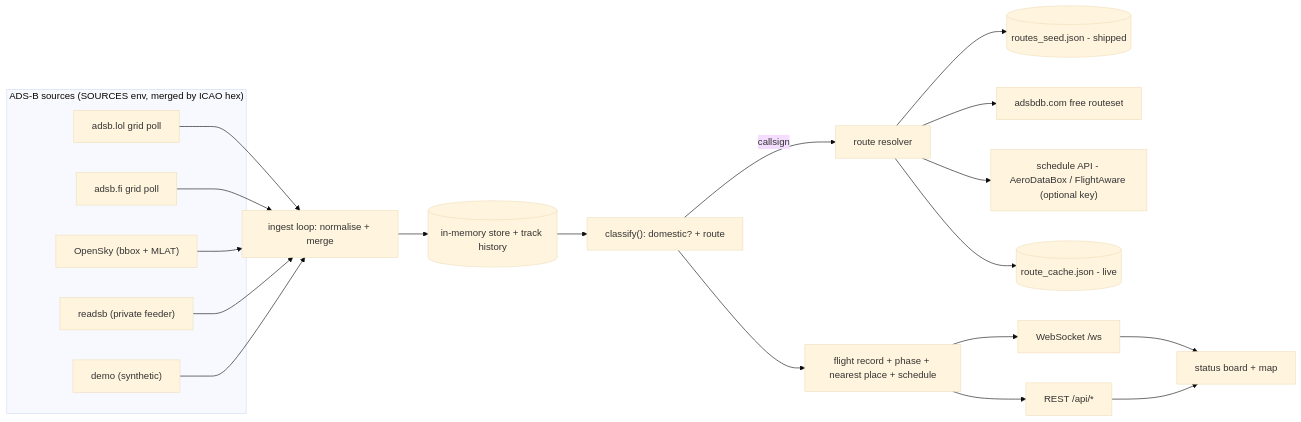
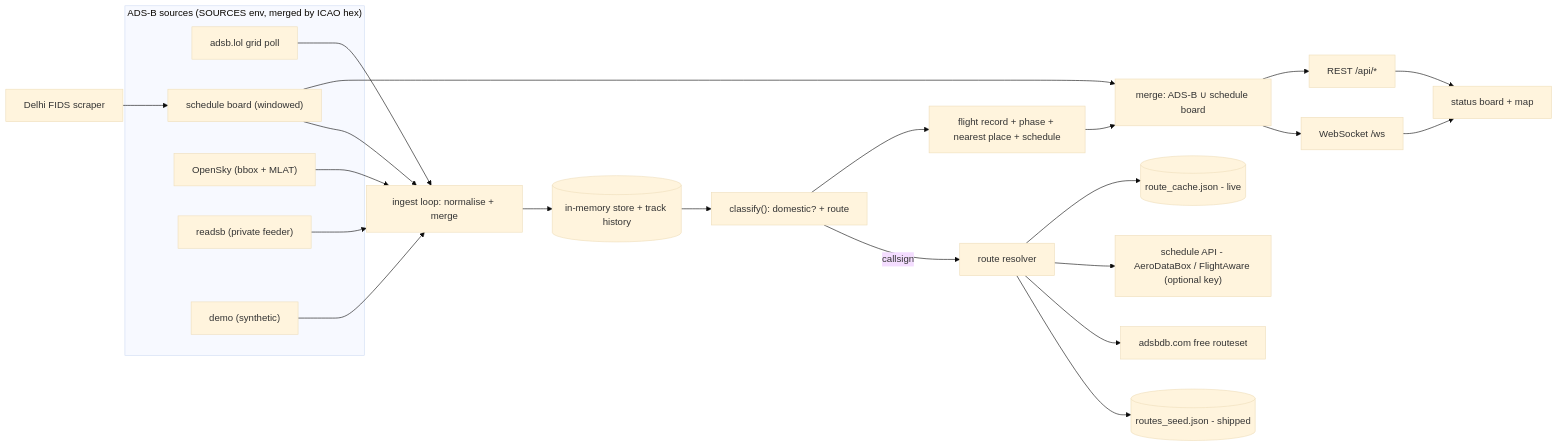
Before and after one commit to aman-singh01/india-flight-status: the diagram in README.md, drawn with Mermaid (base theme). The commit also changed other lines of this file and 16 other files, not shown here.

````diff
--- a/README.md
+++ b/README.md
@@ -36,27 +38,30 @@
 ```mermaid
 flowchart LR
   subgraph Sources["ADS-B sources (SOURCES env, merged by ICAO hex)"]
     A[adsb.lol grid poll]
     B[adsb.fi grid poll]
     E["OpenSky (bbox + MLAT)"]
     C["readsb (private feeder)"]
     D["demo (synthetic)"]
   end
   A --> I
   B --> I
   E --> I
   C --> I
   D --> I
   I[ingest loop: normalise + merge] --> S[(in-memory store + track history)]
   S --> K["classify(): domestic? + route"]
   K -->|callsign| R[route resolver]
   R --> R0[(routes_seed.json - shipped)]
   R --> R1[adsbdb.com free routeset]
   R --> R2["schedule API - AeroDataBox / FlightAware (optional key)"]
   R --> RC[(route_cache.json - live)]
   K --> M[flight record + phase + nearest place + schedule]
-  M --> WS[WebSocket /ws]
-  M --> API[REST /api/*]
+  F["Delhi FIDS scraper"] --> B["schedule board (windowed)"]
+  M --> MG[merge: ADS-B ∪ schedule board]
+  B --> MG
+  MG --> WS[WebSocket /ws]
+  MG --> API[REST /api/*]
   WS --> UI[status board + map]
   API --> UI
 ```
````
